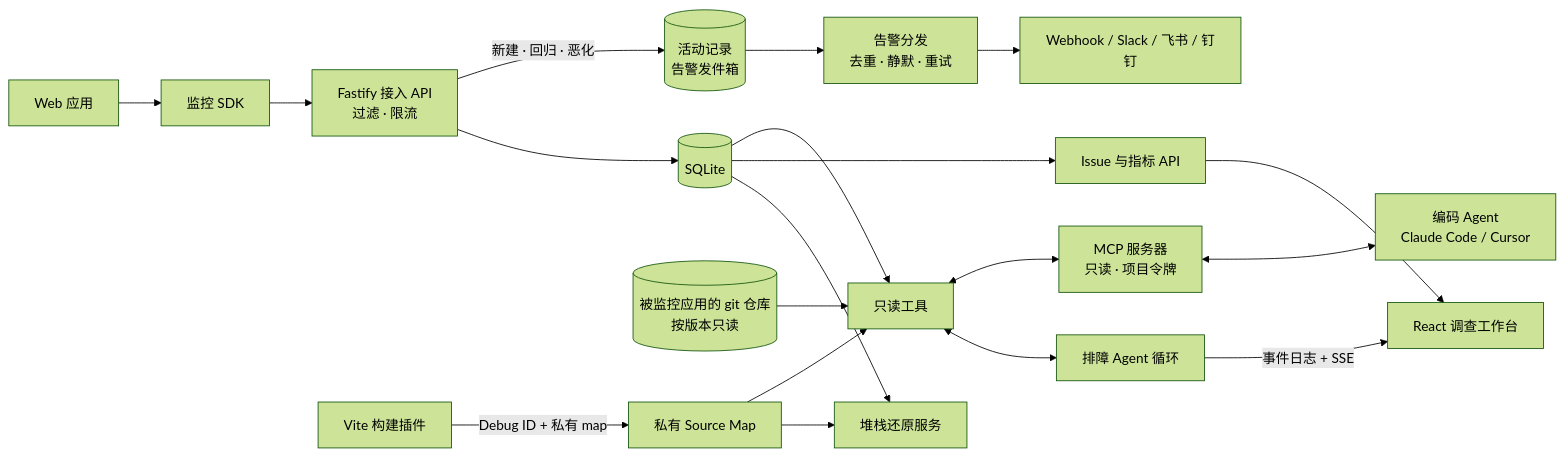
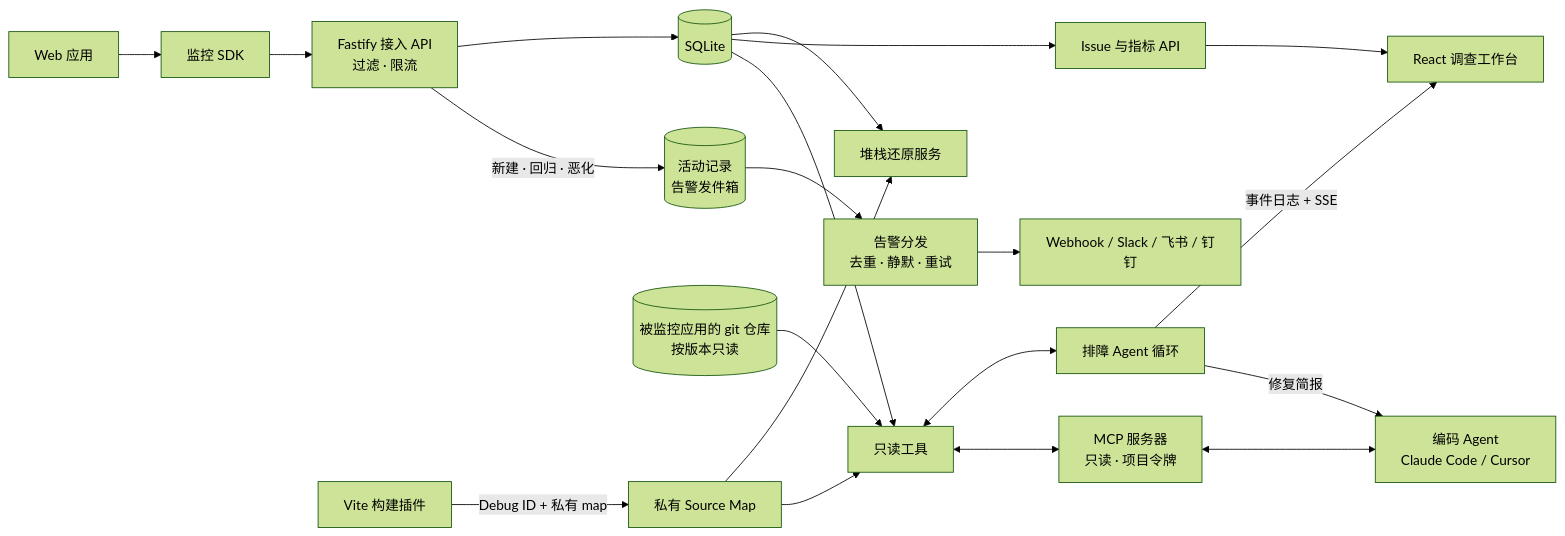
Before and after one commit to guiwzh/tracepilot: the diagram in docs/architecture.md, drawn with Mermaid (forest theme). The commit also changed other lines of this file and 20 other files, not shown here.

First line of the commit message:
feat: 修复简报——把完成的调查整理成交给编码 Agent 的 Markdown，TracePilot 不改代码

````diff
--- a/docs/architecture.md
+++ b/docs/architecture.md
@@ -5,21 +5,22 @@
 ```mermaid
 flowchart LR
   Web[Web 应用] --> SDK[监控 SDK]
   SDK --> Ingest[Fastify 接入 API<br/>过滤 · 限流]
   Ingest --> SQLite[(SQLite)]
   Build[Vite 构建插件] -- Debug ID + 私有 map --> Maps[私有 Source Map]
   Maps --> Symbolicator[堆栈还原服务]
   SQLite --> Symbolicator
   SQLite --> Query[Issue 与指标 API]
   Query --> Dashboard[React 调查工作台]
   SQLite --> Tools[只读工具]
   Repo[(被监控应用的 git 仓库<br/>按版本只读)] --> Tools
   Maps --> Tools
   Tools <--> Agent[排障 Agent 循环]
   Agent -- 事件日志 + SSE --> Dashboard
   Tools <--> MCP[MCP 服务器<br/>只读 · 项目令牌]
   MCP <--> Coder[编码 Agent<br/>Claude Code / Cursor]
+  Agent -- 修复简报 --> Coder
   Ingest -- 新建 · 回归 · 恶化 --> Outbox[(活动记录<br/>告警发件箱)]
   Outbox --> Alerts[告警分发<br/>去重 · 静默 · 重试]
   Alerts --> Chat[Webhook / Slack / 飞书 / 钉钉]
 ```
````
